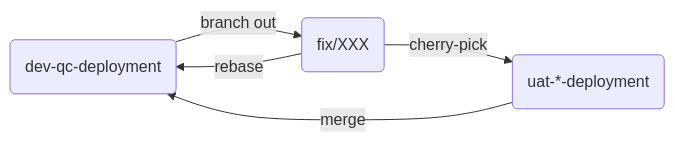
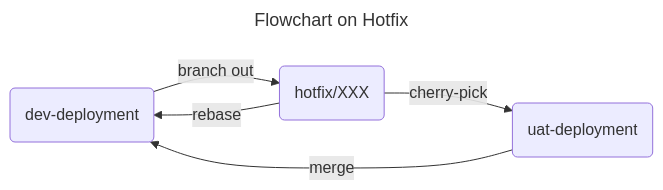
One commit to adamwan-nexplore/guidebook-nxp-hk changed the second of 3 diagrams in how-we-develop/git-workflow.md. Above: the diagram before and after it, drawn with Mermaid. The commit also changed other lines of this file and 30 other files, not shown here.

````diff
--- a/how-we-develop/git-workflow.md
+++ b/how-we-develop/git-workflow.md
@@ -18,7 +23,12 @@
 ```mermaid
+---
+title: Flowchart on Hotfix
+---
 flowchart LR
-    base(dev-qc-deployment) -->|branch out| fix(fix/XXX)
-    fix -->|rebase| base
-    fix -->|cherry-pick| candidate(uat-*-deployment)
-    candidate -->|merge| base
+    base(dev-deployment)
+    hotfix(hotfix/XXX)
+    candidate(uat-deployment)
+
+    base -->|branch out| hotfix -->|cherry-pick| candidate -->|merge| base
+    hotfix -->|rebase| base
 ```
````
